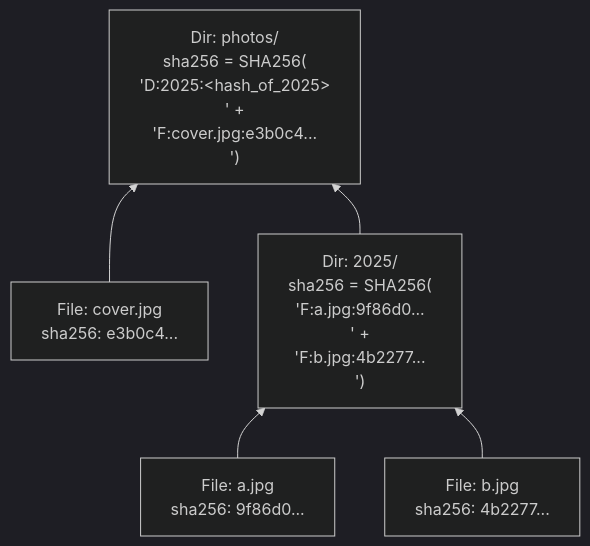
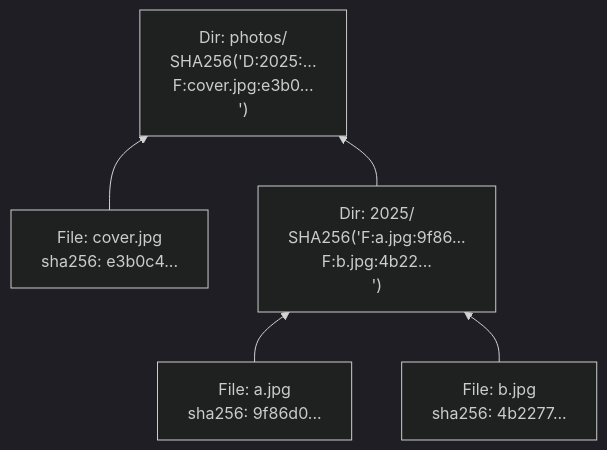
Before and after one commit to exhu/listremo: the diagram in spec/plan1-comments.md, drawn with Mermaid (dark theme). The commit also changed other lines of this file, not shown here.

````diff
--- a/spec/plan1-comments.md
+++ b/spec/plan1-comments.md
@@ -94,8 +146,9 @@
 ```mermaid
 flowchart BT
-    f1["File: a.jpg<br/>sha256: 9f86d0..."] --> d2025
-    f2["File: b.jpg<br/>sha256: 4b2277..."] --> d2025
-    fc["File: cover.jpg<br/>sha256: e3b0c4..."] --> dphotos
-    d2025["Dir: 2025/<br/>sha256 = SHA256(<br/>'F:a.jpg:9f86d0...\n' +<br/>'F:b.jpg:4b2277...\n')"] --> dphotos
-    dphotos["Dir: photos/<br/>sha256 = SHA256(<br/>'D:2025:&lt;hash_of_2025&gt;\n' +<br/>'F:cover.jpg:e3b0c4...\n')"]
+  f1["File: a.jpg<br/>sha256: 9f86d0..."] --> d2025
+  f2["File: b.jpg<br/>sha256: 4b2277..."] --> d2025
+  fc["File: cover.jpg<br/>sha256: e3b0c4..."] --> dphotos
+  d2025["Dir: 2025/<br/>SHA256('F:a.jpg:9f86...\nF:b.jpg:4b22...\n')"]
+  d2025 --> dphotos
+  dphotos["Dir: photos/<br/>SHA256('D:2025:...\nF:cover.jpg:e3b0...\n')"]
 ```
````
